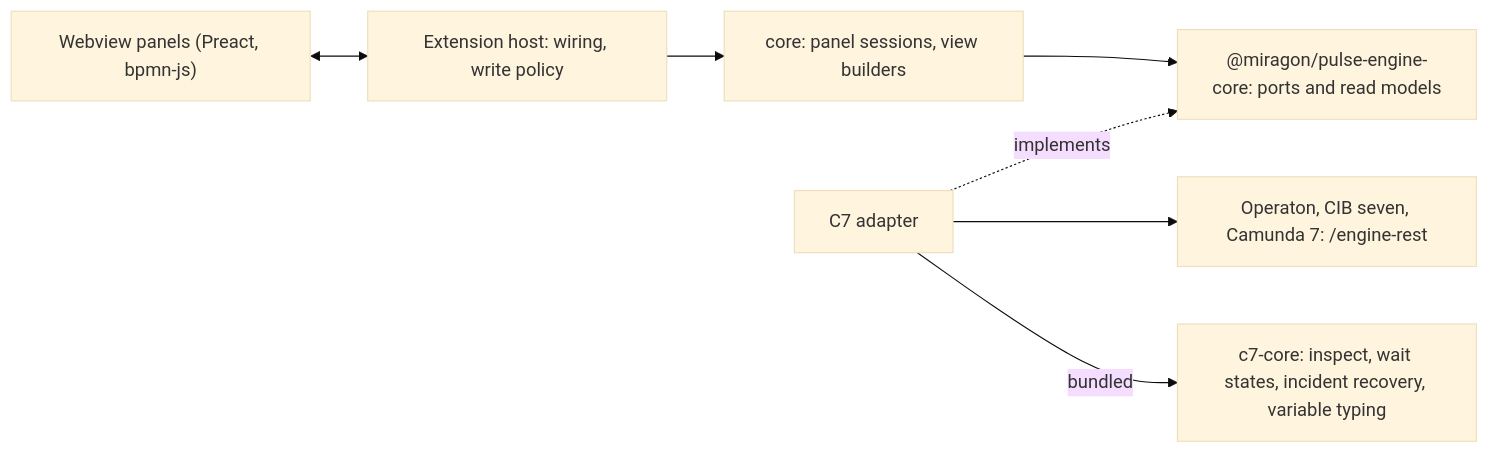
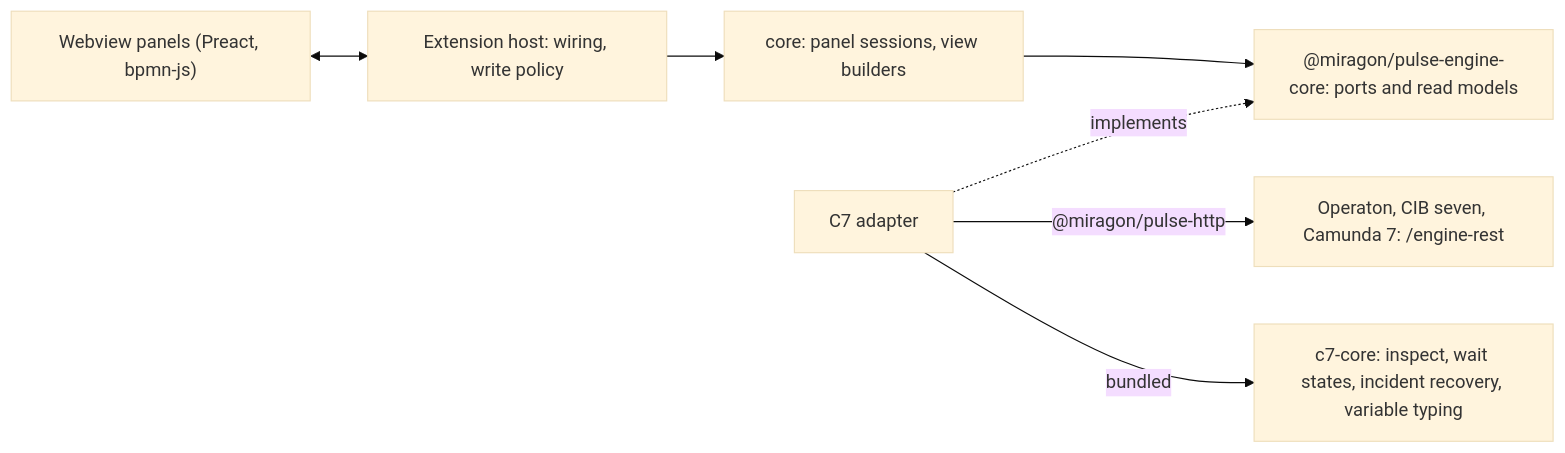
Before and after one commit to Miragon/pulse: the diagram in docs/vscode/architecture.md, drawn with Mermaid (base theme). The commit also changed 52 other files, not shown here.

````diff
--- a/docs/vscode/architecture.md
+++ b/docs/vscode/architecture.md
@@ -12,9 +12,9 @@
 ```mermaid
 flowchart LR
   webview["Webview panels (Preact, bpmn-js)"] <--> host["Extension host: wiring, write policy"]
   host --> core["core: panel sessions, view builders"]
   core --> engineCore["@miragon/pulse-engine-core: ports and read models"]
   c7["C7 adapter"] -. implements .-> engineCore
-  c7 --> engines["Operaton, CIB seven, Camunda 7: /engine-rest"]
+  c7 -- "@miragon/pulse-http" --> engines["Operaton, CIB seven, Camunda 7: /engine-rest"]
   c7 -- bundled --> c7core["c7-core: inspect, wait states, incident recovery, variable typing"]
 ```
````
